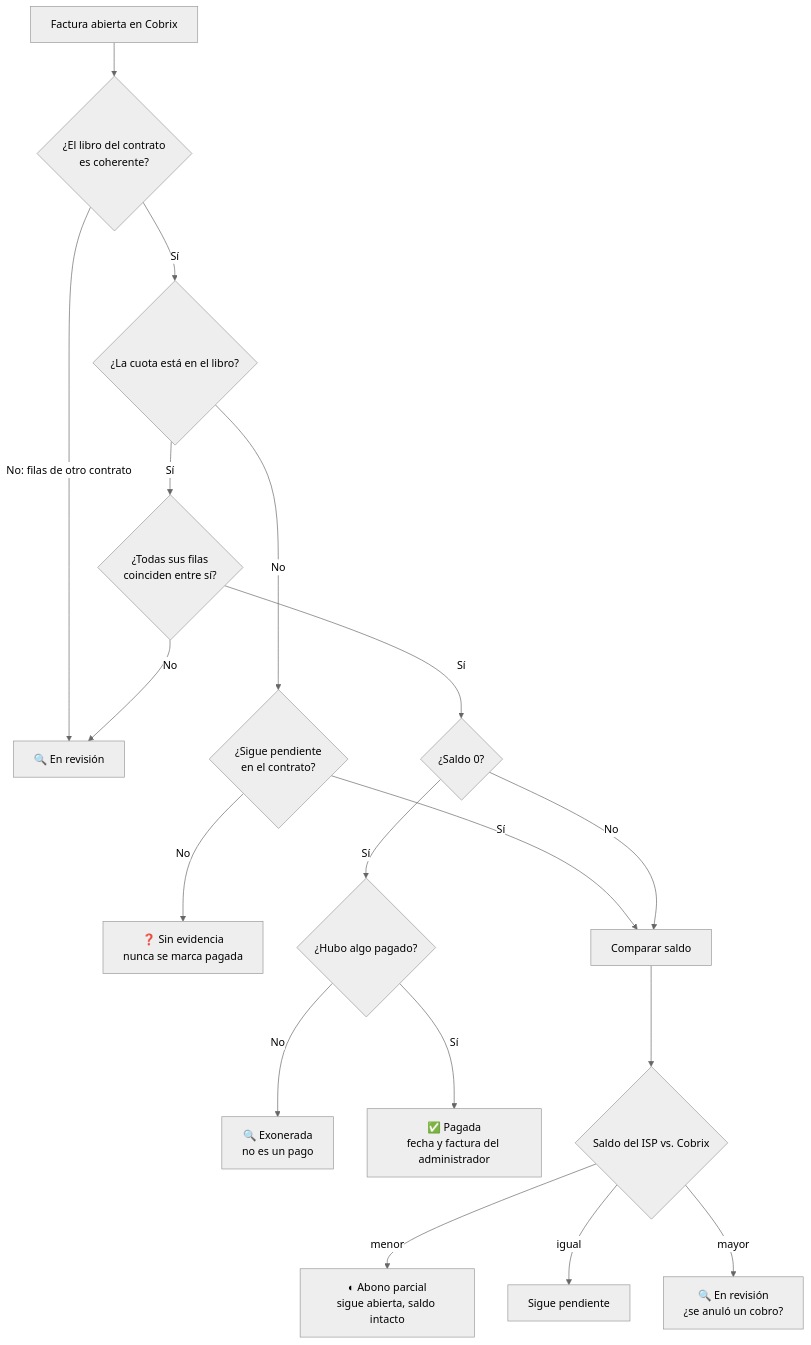
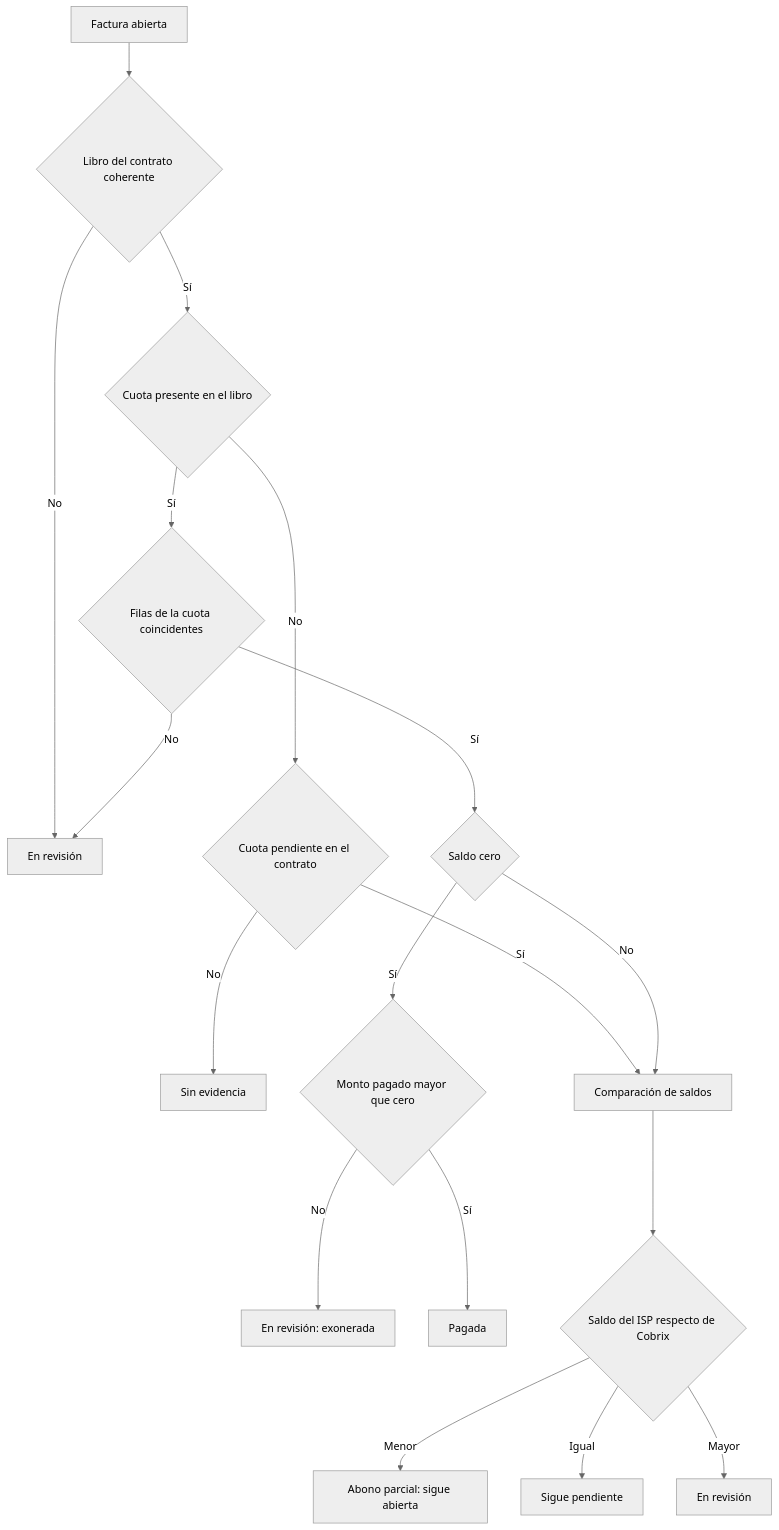
The fifth of 11 diagrams in docs/DISENO.md (robydaniel45san/Cobrix-Api-Prueba-Tecnica-Duran-Roby), drawn with Mermaid (neutral theme) before and after one commit. The commit also changed other lines of this file and 1 other file, not shown here.

````diff
--- a/docs/DISENO.md
+++ b/docs/DISENO.md
@@ -428,20 +443,20 @@
 ```mermaid
 flowchart TD
-    A["Factura abierta en Cobrix"] --> B{"¿El libro del contrato<br/>es coherente?"}
-    B -- "No: filas de otro contrato" --> R1["🔍 En revisión"]
-    B -- Sí --> C{"¿La cuota está en el libro?"}
-    C -- No --> D{"¿Sigue pendiente<br/>en el contrato?"}
-    D -- No --> R2["❓ Sin evidencia<br/>nunca se marca pagada"]
-    D -- Sí --> S["Comparar saldo"]
-    C -- Sí --> E{"¿Todas sus filas<br/>coinciden entre sí?"}
+    A["Factura abierta"] --> B{"Libro del contrato coherente"}
+    B -- "No" --> R1["En revisión"]
+    B -- "Sí" --> C{"Cuota presente en el libro"}
+    C -- No --> D{"Cuota pendiente en el contrato"}
+    D -- No --> R2["Sin evidencia"]
+    D -- Sí --> S["Comparación de saldos"]
+    C -- Sí --> E{"Filas de la cuota coincidentes"}
     E -- No --> R1
-    E -- Sí --> F{"¿Saldo 0?"}
-    F -- Sí --> G{"¿Hubo algo pagado?"}
-    G -- No --> R3["🔍 Exonerada<br/>no es un pago"]
-    G -- Sí --> P["✅ Pagada<br/>fecha y factura del administrador"]
+    E -- Sí --> F{"Saldo cero"}
+    F -- Sí --> G{"Monto pagado mayor que cero"}
+    G -- No --> R3["En revisión: exonerada"]
+    G -- Sí --> P["Pagada"]
     F -- No --> S
-    S --> T{"Saldo del ISP vs. Cobrix"}
-    T -- "menor" --> R4["◐ Abono parcial<br/>sigue abierta, saldo intacto"]
-    T -- "igual" --> R5["Sigue pendiente"]
-    T -- "mayor" --> R6["🔍 En revisión<br/>¿se anuló un cobro?"]
+    S --> T{"Saldo del ISP respecto de Cobrix"}
+    T -- "Menor" --> R4["Abono parcial: sigue abierta"]
+    T -- "Igual" --> R5["Sigue pendiente"]
+    T -- "Mayor" --> R6["En revisión"]
 ```
````
